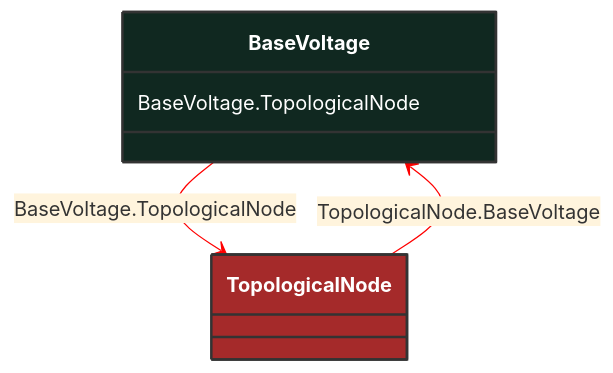
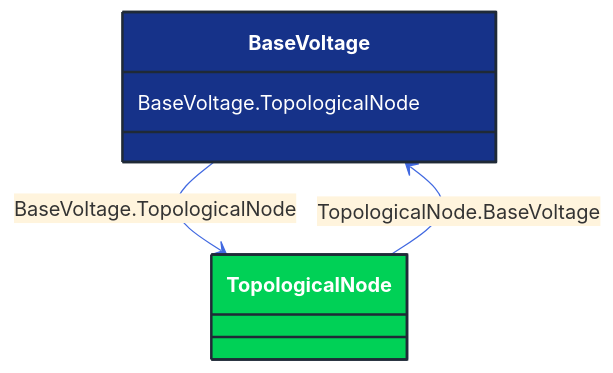
The diagram in docs/Models/Profiles/Topology/ConcreteClasses/BaseVoltage.md (3lbits/NoCIMExtensions), drawn with Mermaid before and after one commit. The commit also changed 362 other files, not shown here.

First line of the commit message:
Update diagrams and styles for improved visual consistency

````diff
--- a/docs/Models/Profiles/Topology/ConcreteClasses/BaseVoltage.md
+++ b/docs/Models/Profiles/Topology/ConcreteClasses/BaseVoltage.md
@@ -8,22 +8,22 @@
 ```mermaid
-%%{init: {'theme':'base','themeVariables': {'lineColor': '#FF0000'}}}%%
+%%{init: {'theme':'base','themeVariables': {'lineColor': '#4169E1'}}}%%
 classDiagram
     class BaseVoltage
     click BaseVoltage href "/Models/Profiles/Topology/ConcreteClasses/BaseVoltage/"
-    style BaseVoltage fill:#102820,stroke:#333,stroke-width:2px,rx:10,ry:10,color:white
+    style BaseVoltage fill:#163289,stroke:#1F2A37,stroke-width:2px,rx:10,ry:10,color:white
 
         BaseVoltage --> TopologicalNode : BaseVoltage.TopologicalNode
 
         TopologicalNode
             click TopologicalNode href "/Models/Profiles/Topology/ConcreteClasses/TopologicalNode/"
-            style TopologicalNode fill:#A52A2A,stroke:#333,stroke-width:2px,rx:10,ry:10,color:white
+            style TopologicalNode fill:#00D156,stroke:#1F2A37,stroke-width:2px,rx:10,ry:10,color:white
 
         TopologicalNode --> BaseVoltage : TopologicalNode.BaseVoltage
 
         TopologicalNode
             click TopologicalNode href "/Models/Profiles/Topology/ConcreteClasses/TopologicalNode/"
-            style TopologicalNode fill:#A52A2A,stroke:#333,stroke-width:2px,rx:10,ry:10,color:white
+            style TopologicalNode fill:#00D156,stroke:#1F2A37,stroke-width:2px,rx:10,ry:10,color:white
 
 
         BaseVoltage : BaseVoltage.TopologicalNode
 ```
````
